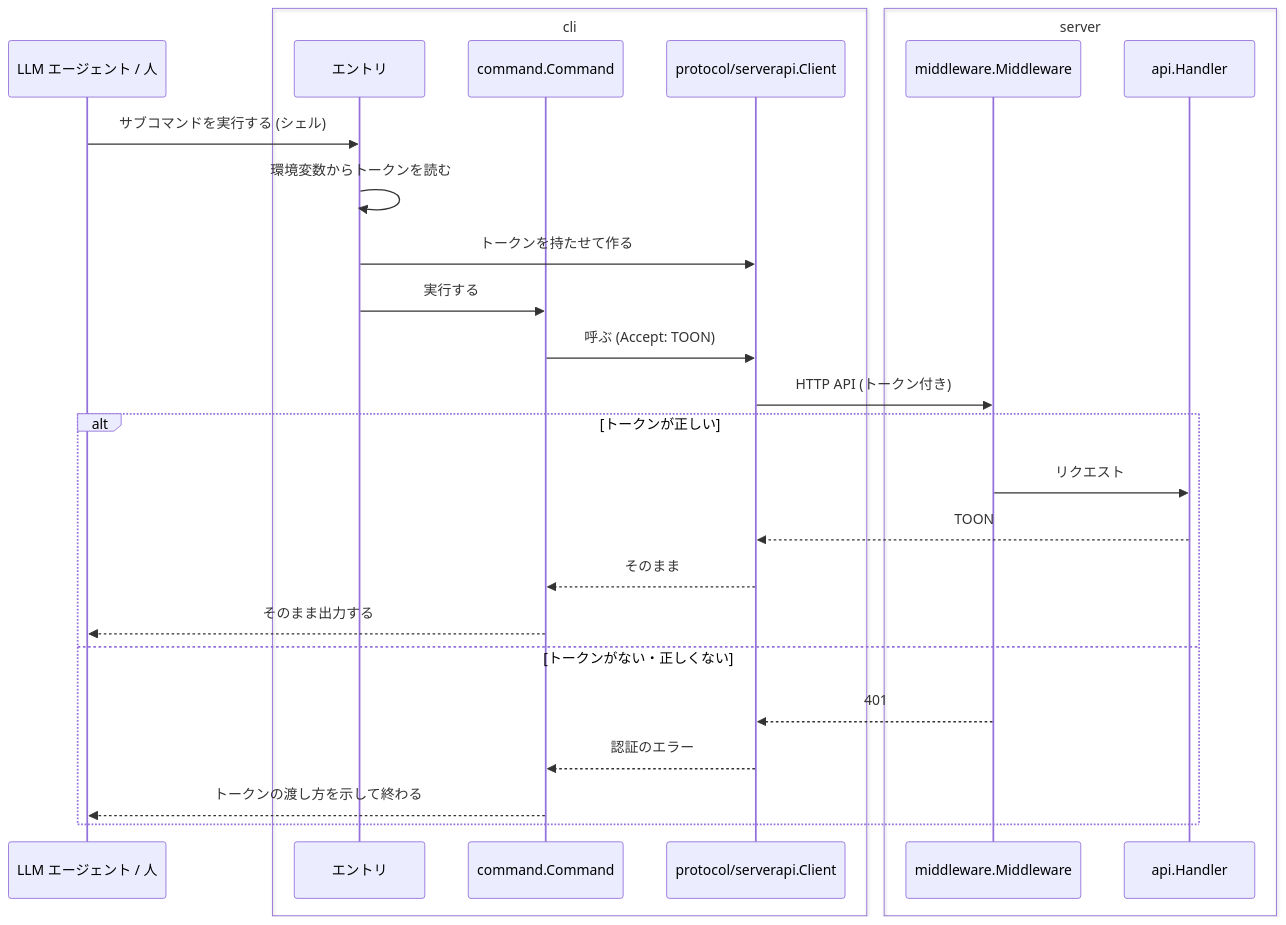
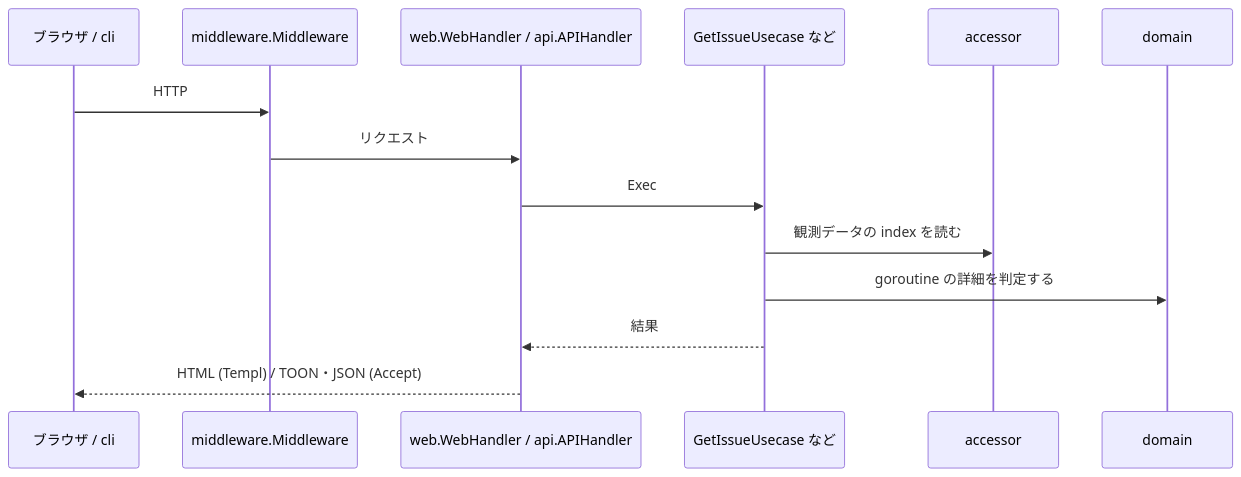
One commit to kakkky/gorviz changed diagram 11 of 12 in docs/architecture.md. Above: the diagram before and after it, drawn with Mermaid. The commit also changed other lines of this file, not shown here.

Commit message:
docs: rework the architecture for the local tool with one gorviz binary holding the server and the cli, layer the agent injected into the app through an overlay, talk to it over one socket defined in agentsocket, and keep package names short with the details in type names

````diff
--- a/docs/architecture.md
+++ b/docs/architecture.md
@@ -447,30 +410,17 @@
 ```mermaid
 sequenceDiagram
-    participant L as LLM エージェント / 人
-    box cli
-        participant E as エントリ
-        participant P as command.Command
-        participant C as protocol/serverapi.Client
-    end
-    box server
-        participant M as middleware.Middleware
-        participant S as api.Handler
-    end
+    participant B as ブラウザ / cli
+    participant M as middleware.Middleware
+    participant P as web.WebHandler / api.APIHandler
+    participant U as GetIssueUsecase など
+    participant AC as accessor
+    participant D as domain
 
-    L->>E: サブコマンドを実行する (シェル)
-    E->>E: 環境変数からトークンを読む
-    E->>C: トークンを持たせて作る
-    E->>P: 実行する
-    P->>C: 呼ぶ (Accept: TOON)
-    C->>M: HTTP API (トークン付き)
-    alt トークンが正しい
-        M->>S: リクエスト
-        S-->>C: TOON
-        C-->>P: そのまま
-        P-->>L: そのまま出力する
-    else トークンがない・正しくない
-        M-->>C: 401
-        C-->>P: 認証のエラー
-        P-->>L: トークンの渡し方を示して終わる
-    end
+    B->>M: HTTP
+    M->>P: リクエスト
+    P->>U: Exec
+    U->>AC: 観測データの index を読む
+    U->>D: goroutine の詳細を判定する
+    U-->>P: 結果
+    P-->>B: HTML (Templ) / TOON・JSON (Accept)
 ```
````
